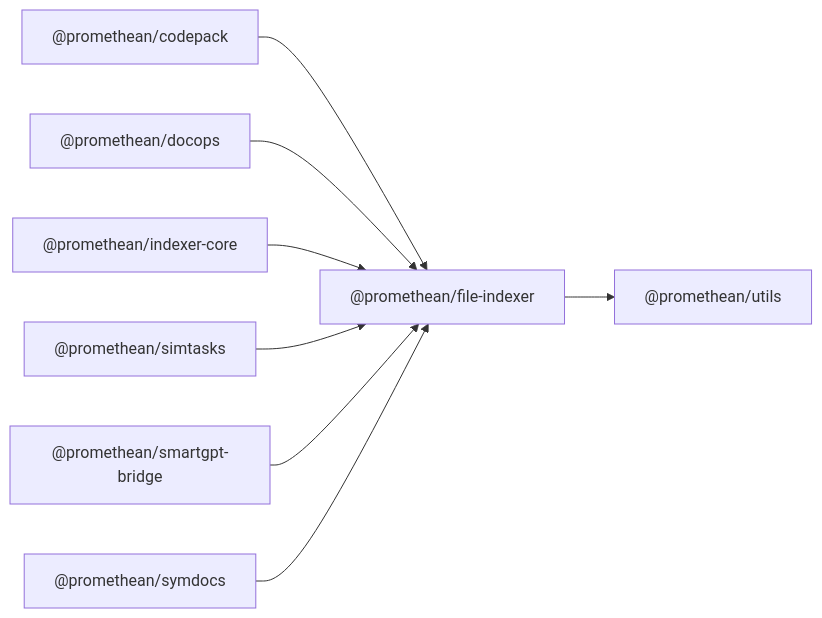
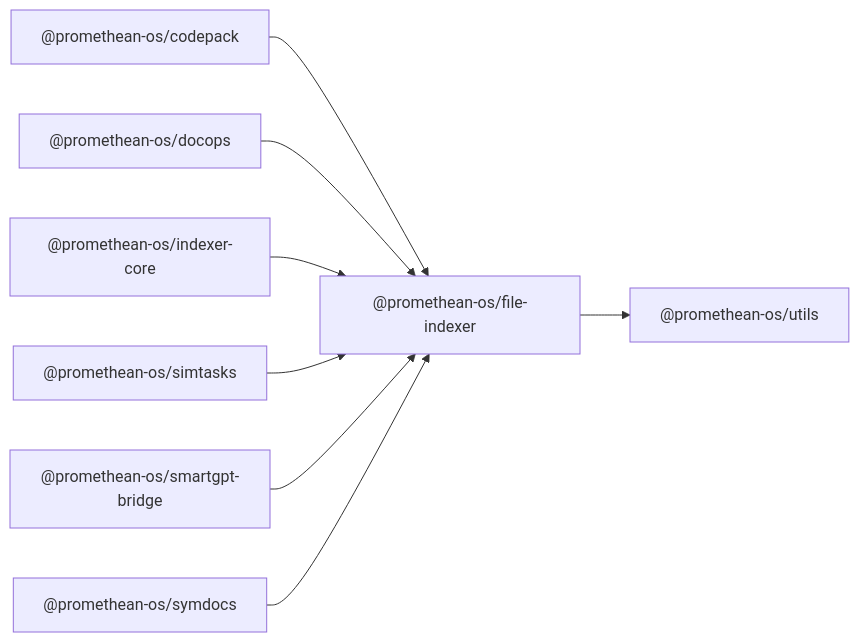
Before and after one commit to octave-commons/promethean: the diagram in docs/packages/file-indexer/README.md, drawn with Mermaid. The commit also changed other lines of this file and 1753 other files, not shown here.

````diff
--- a/docs/packages/file-indexer/README.md
+++ b/docs/packages/file-indexer/README.md
@@ -14,25 +14,25 @@
 ```mermaid
 graph LR
-  A["@promethean/file-indexer"]
-  D1["@promethean/utils"]
-  R1["@promethean/codepack"]
-  R2["@promethean/docops"]
-  R3["@promethean/indexer-core"]
-  R4["@promethean/simtasks"]
-  R5["@promethean/smartgpt-bridge"]
-  R6["@promethean/symdocs"]
-  A --> D1["@promethean/utils"]
-  R1["@promethean/codepack"] --> A
-  R2["@promethean/docops"] --> A
-  R3["@promethean/indexer-core"] --> A
-  R4["@promethean/simtasks"] --> A
-  R5["@promethean/smartgpt-bridge"] --> A
-  R6["@promethean/symdocs"] --> A
-  click D1 "../utils/README.md" "@promethean/utils"
-  click R1 "../codepack/README.md" "@promethean/codepack"
-  click R2 "../docops/README.md" "@promethean/docops"
-  click R3 "../indexer-core/README.md" "@promethean/indexer-core"
-  click R4 "../simtask/README.md" "@promethean/simtasks"
-  click R5 "../smartgpt-bridge/README.md" "@promethean/smartgpt-bridge"
-  click R6 "../symdocs/README.md" "@promethean/symdocs"
+  A["@promethean-os/file-indexer"]
+  D1["@promethean-os/utils"]
+  R1["@promethean-os/codepack"]
+  R2["@promethean-os/docops"]
+  R3["@promethean-os/indexer-core"]
+  R4["@promethean-os/simtasks"]
+  R5["@promethean-os/smartgpt-bridge"]
+  R6["@promethean-os/symdocs"]
+  A --> D1["@promethean-os/utils"]
+  R1["@promethean-os/codepack"] --> A
+  R2["@promethean-os/docops"] --> A
+  R3["@promethean-os/indexer-core"] --> A
+  R4["@promethean-os/simtasks"] --> A
+  R5["@promethean-os/smartgpt-bridge"] --> A
+  R6["@promethean-os/symdocs"] --> A
+  click D1 "../utils/README.md" "@promethean-os/utils"
+  click R1 "../codepack/README.md" "@promethean-os/codepack"
+  click R2 "../docops/README.md" "@promethean-os/docops"
+  click R3 "../indexer-core/README.md" "@promethean-os/indexer-core"
+  click R4 "../simtask/README.md" "@promethean-os/simtasks"
+  click R5 "../smartgpt-bridge/README.md" "@promethean-os/smartgpt-bridge"
+  click R6 "../symdocs/README.md" "@promethean-os/symdocs"
 ```
````
